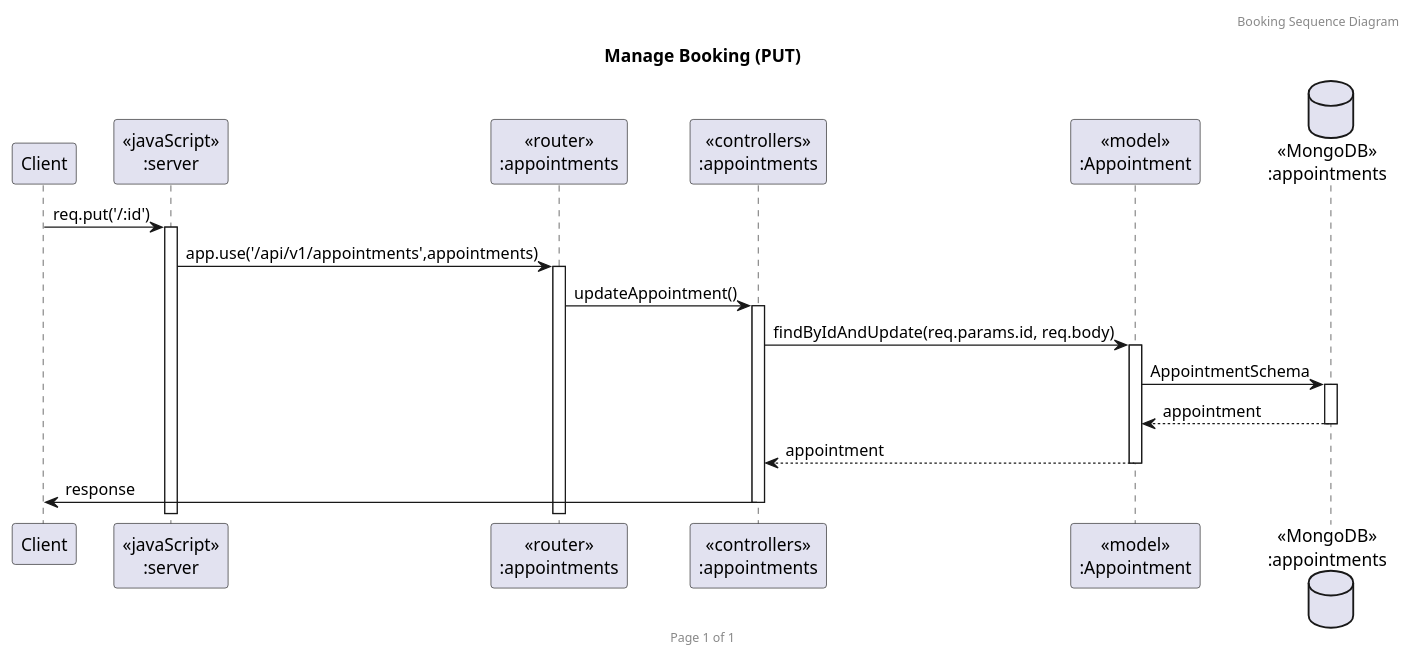
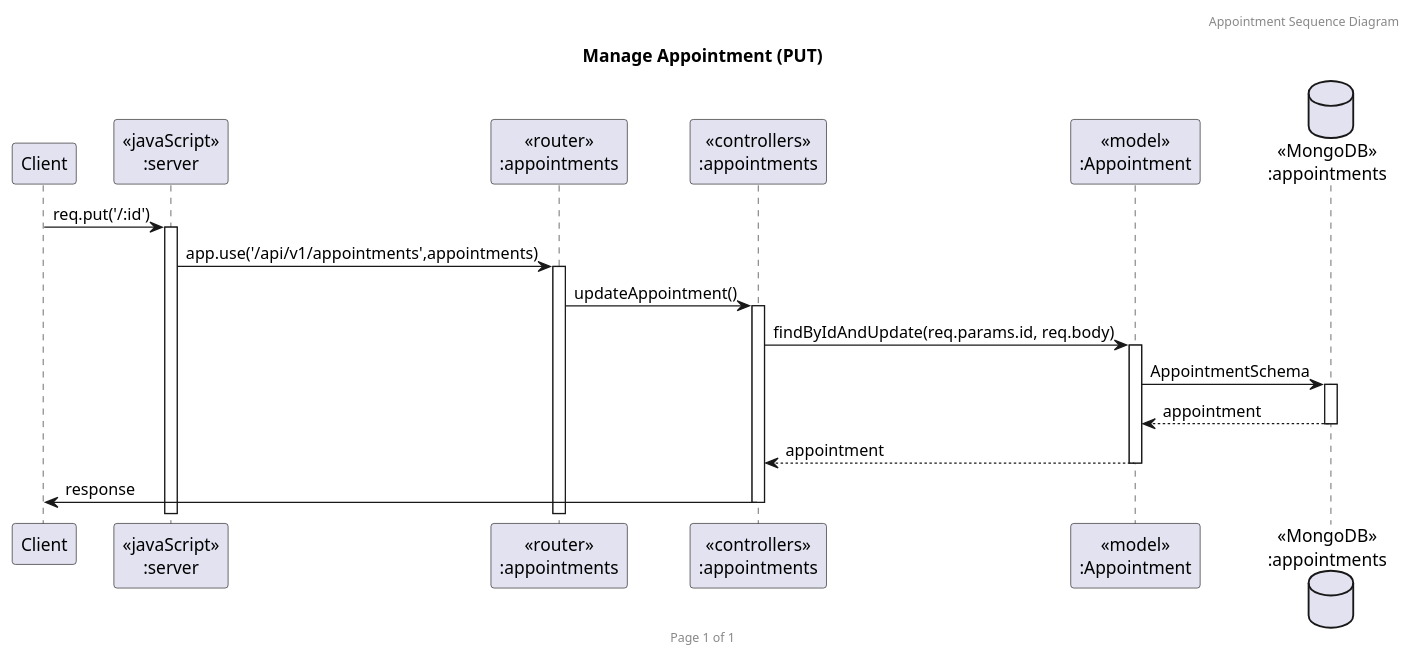
Before and after one commit to 2110503TACEDT66/presentation-day-1-privacy: the diagram in SequenceDiagram/apptput.puml, drawn with PlantUML. The commit also changed 10 other files, not shown here.

```diff
--- a/SequenceDiagram/apptput.puml
+++ b/SequenceDiagram/apptput.puml
@@ -1,23 +1,23 @@
-@startuml Manage Booking (PUT)
+@startuml Manage Appointment (PUT)
 
-header Booking Sequence Diagram
+header Appointment Sequence Diagram
 footer Page %page% of %lastpage%
-title "Manage Booking (PUT)"
+title "Manage Appointment (PUT)"
 
 participant "Client" as client
 participant "<<javaScript>>\n:server" as server
 participant "<<router>>\n:appointments" as routerAppointments
 participant "<<controllers>>\n:appointments" as controllersAppointments
 participant "<<model>>\n:Appointment" as modelAppointments
 database "<<MongoDB>>\n:appointments" as AppointmentsDatabase
 
 client->server ++:req.put('/:id')
 server->routerAppointments ++:app.use('/api/v1/appointments',appointments)
 routerAppointments -> controllersAppointments ++:updateAppointment()
 controllersAppointments->modelAppointments ++:findByIdAndUpdate(req.params.id, req.body)
 modelAppointments ->AppointmentsDatabase ++:AppointmentSchema
 AppointmentsDatabase --> modelAppointments --:appointment
 controllersAppointments <-- modelAppointments --:appointment
 controllersAppointments->client --:response
 
 @enduml
```
